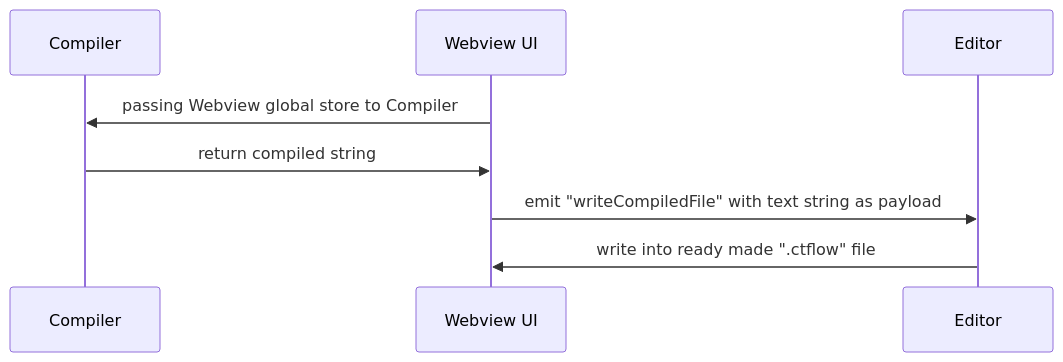
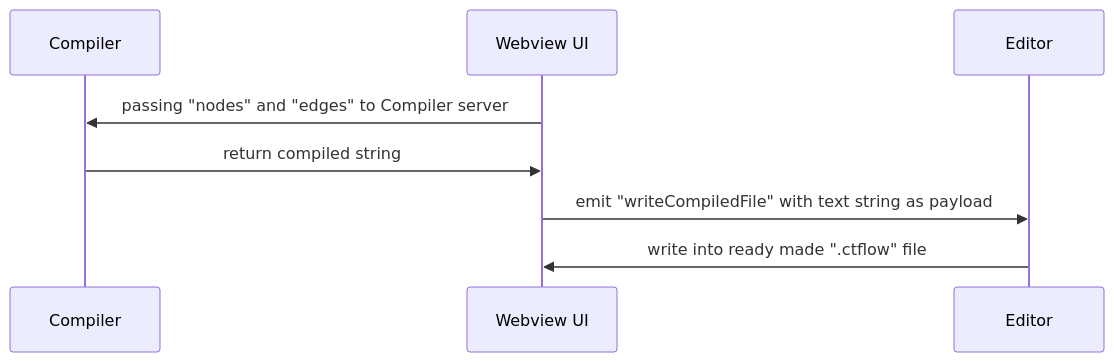
The diagram in dnd-ui/docs/create-cypress-test-case.md (TestHaters/ctflow), drawn with Mermaid before and after one commit. The commit also changed 22 other files, not shown here.

Commit message:
refactor: remove webview compiler

````diff
--- a/dnd-ui/docs/create-cypress-test-case.md
+++ b/dnd-ui/docs/create-cypress-test-case.md
@@ -1,11 +1,11 @@
 ```mermaid
 sequenceDiagram
     participant C as Compiler
     participant WV as Webview UI
     participant E as Editor
-        WV ->> C: passing Webview global store to Compiler
+        WV ->> C: passing "nodes" and "edges" to Compiler server
         C ->> WV: return compiled string
         WV ->> E: emit "writeCompiledFile" with text string as payload
         E ->> WV: write into ready made ".ctflow" file
 
 ```
````
